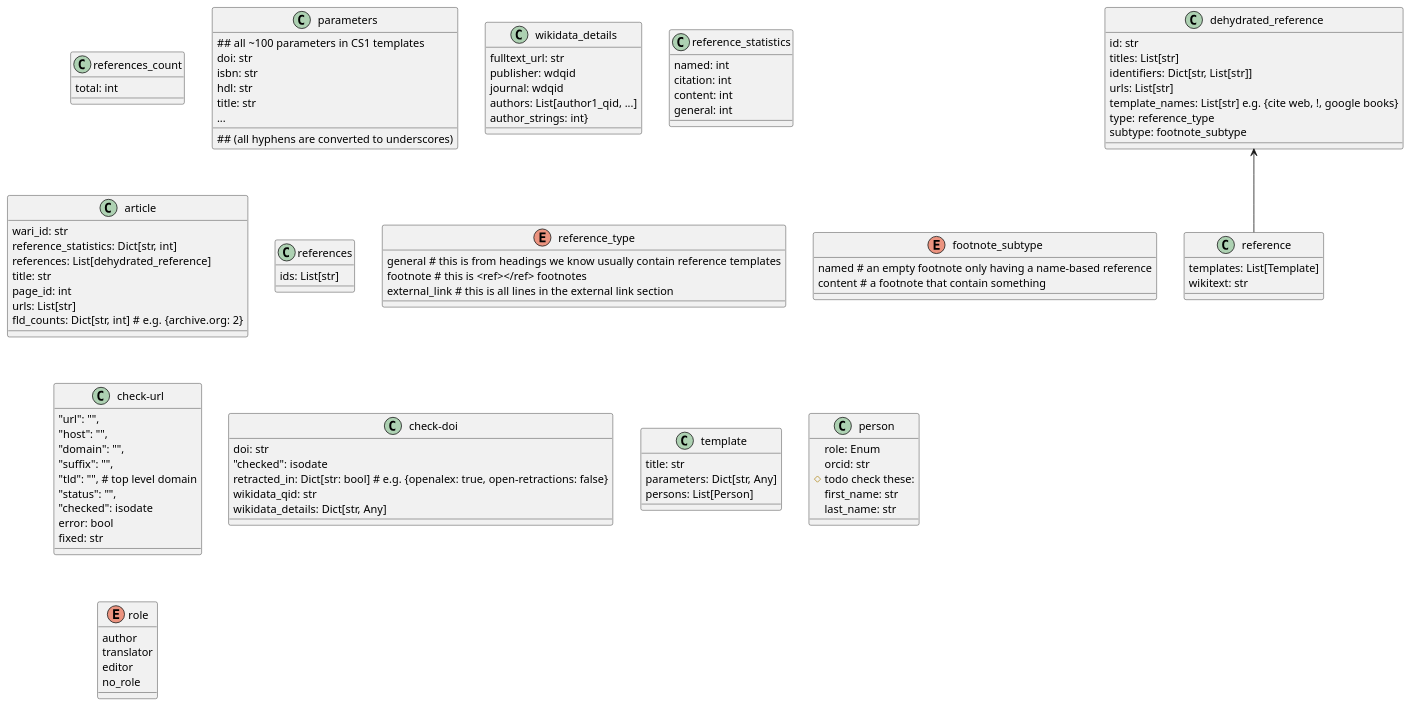
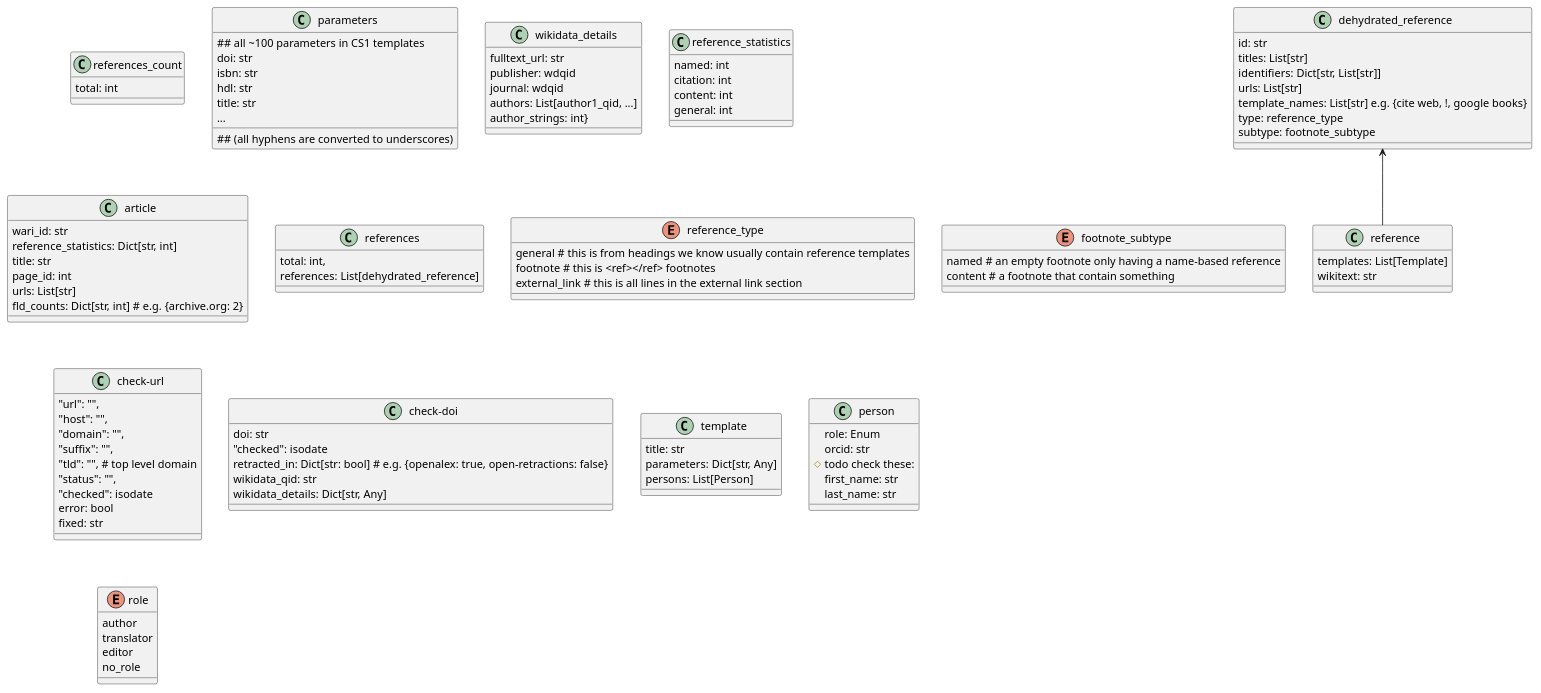
The diagram in diagrams/wari/classes.puml (internetarchive/iari), drawn with PlantUML before and after one commit.

Commit message:
chore: Update the WARI classes.puml

```diff
--- a/diagrams/wari/classes.puml
+++ b/diagrams/wari/classes.puml
@@ -1,100 +1,100 @@
 @startuml
 'https://plantuml.com/class-diagram
 
 class references_count{
 total: int
 }
 class parameters{
 ## all ~100 parameters in CS1 templates
 ## (all hyphens are converted to underscores)
 doi: str
 isbn: str
 hdl: str
 title: str
 ...
 }
 class wikidata_details{
 fulltext_url: str
 publisher: wdqid
 journal: wdqid
 authors: List[author1_qid, ...]
 author_strings: int}
 }
 class reference_statistics{
 named: int
 citation: int
 content: int
 general: int
 }
 class article{
 wari_id: str
 reference_statistics: Dict[str, int]
-references: List[dehydrated_reference]
 title: str
 page_id: int
 urls: List[str]
 fld_counts: Dict[str, int] # e.g. {archive.org: 2}
 }
 class references{
-ids: List[str]
+total: int,
+references: List[dehydrated_reference]
 }
 class reference{
 templates: List[Template]
 wikitext: str
 }
 enum reference_type{
 general # this is from headings we know usually contain reference templates
 footnote # this is <ref></ref> footnotes
 external_link # this is all lines in the external link section
 }
 enum footnote_subtype{
 named # an empty footnote only having a name-based reference
 content # a footnote that contain something
 }
 class dehydrated_reference {
 id: str
 titles: List[str]
 identifiers: Dict[str, List[str]]
 urls: List[str]
 template_names: List[str] e.g. {cite web, !, google books}
 type: reference_type
 subtype: footnote_subtype
 }
 dehydrated_reference <-- reference
 class check-url{
 "url": "",
 "host": "",
 "domain": "",
 "suffix": "",
 "tld": "", # top level domain
 "status": "",
 "checked": isodate
 error: bool
 fixed: str
 }
 class check-doi{
 doi: str
 "checked": isodate
 retracted_in: Dict[str: bool] # e.g. {openalex: true, open-retractions: false}
 wikidata_qid: str
 wikidata_details: Dict[str, Any]
 }
 class template{
 title: str
 parameters: Dict[str, Any]
 persons: List[Person]
 }
 class person{
 role: Enum
 orcid: str
 # todo check these:
 first_name: str
 last_name: str
 }
 enum role{
 author
 translator
 editor
 no_role
 }
 @enduml
```
